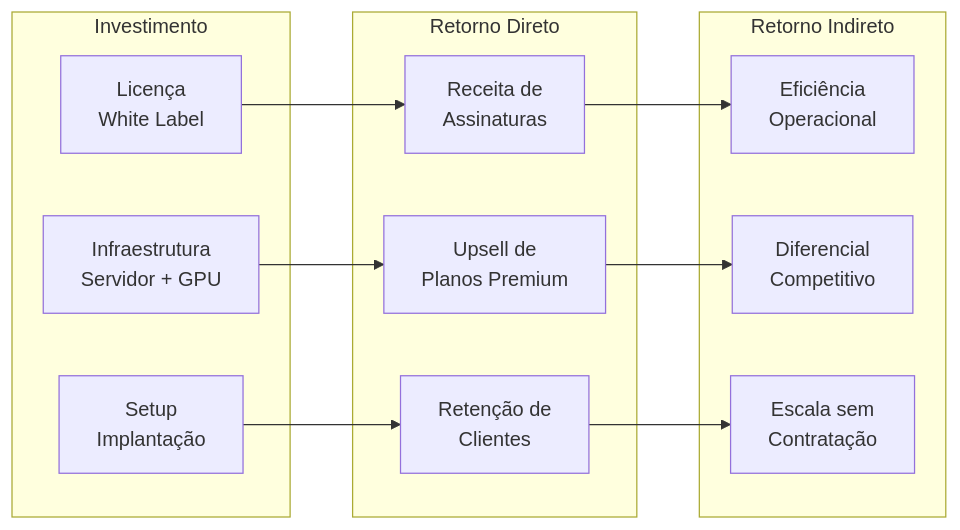
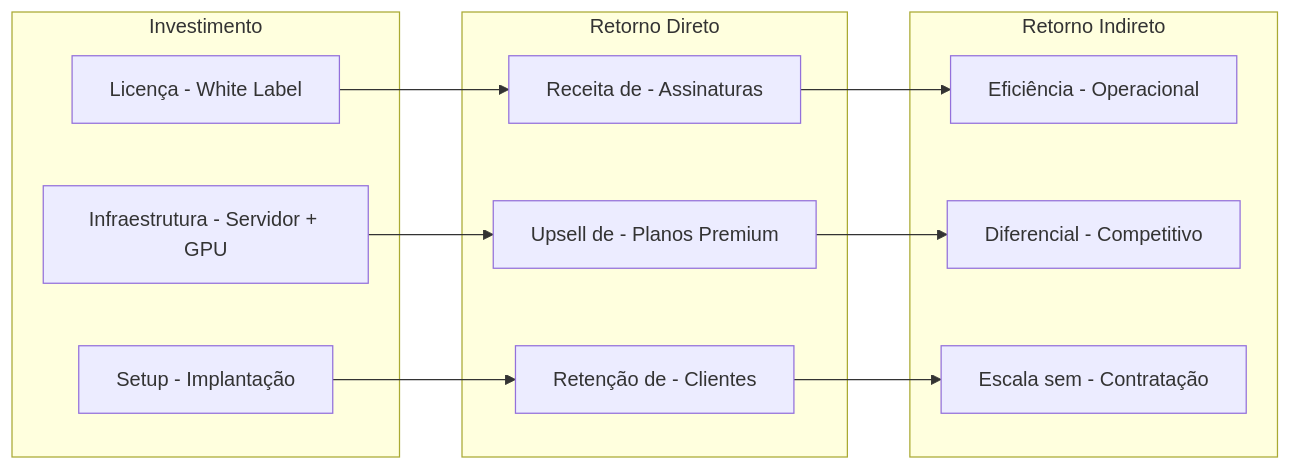
One commit to SperryTecnologia/debuga-ai changed the sixth of 7 diagrams in docs/WHITE_LABEL_OVERVIEW.md. Above: the diagram before and after it, drawn with Mermaid. The commit also changed other lines of this file and 213 other files, not shown here.

````diff
--- a/docs/WHITE_LABEL_OVERVIEW.md
+++ b/docs/WHITE_LABEL_OVERVIEW.md
@@ -310,27 +310,27 @@
 ```mermaid
 graph LR
     subgraph "Investimento"
-        LICENCA[Licença<br/>White Label]
-        INFRA[Infraestrutura<br/>Servidor + GPU]
-        SETUP[Setup<br/>Implantação]
+        LICENCA[Licença - White Label]
+        INFRA[Infraestrutura - Servidor + GPU]
+        SETUP[Setup - Implantação]
     end
 
     subgraph "Retorno Direto"
-        RECEITA[Receita de<br/>Assinaturas]
-        UPSELL[Upsell de<br/>Planos Premium]
-        RETENCAO2[Retenção de<br/>Clientes]
+        RECEITA[Receita de - Assinaturas]
+        UPSELL[Upsell de - Planos Premium]
+        RETENCAO2[Retenção de - Clientes]
     end
 
     subgraph "Retorno Indireto"
-        EFICIENCIA[Eficiência<br/>Operacional]
-        DIFERENCIAL[Diferencial<br/>Competitivo]
-        ESCALA[Escala sem<br/>Contratação]
+        EFICIENCIA[Eficiência - Operacional]
+        DIFERENCIAL[Diferencial - Competitivo]
+        ESCALA[Escala sem - Contratação]
     end
 
     LICENCA --> RECEITA
     INFRA --> UPSELL
     SETUP --> RETENCAO2
     RECEITA --> EFICIENCIA
     UPSELL --> DIFERENCIAL
     RETENCAO2 --> ESCALA
 ```
````
